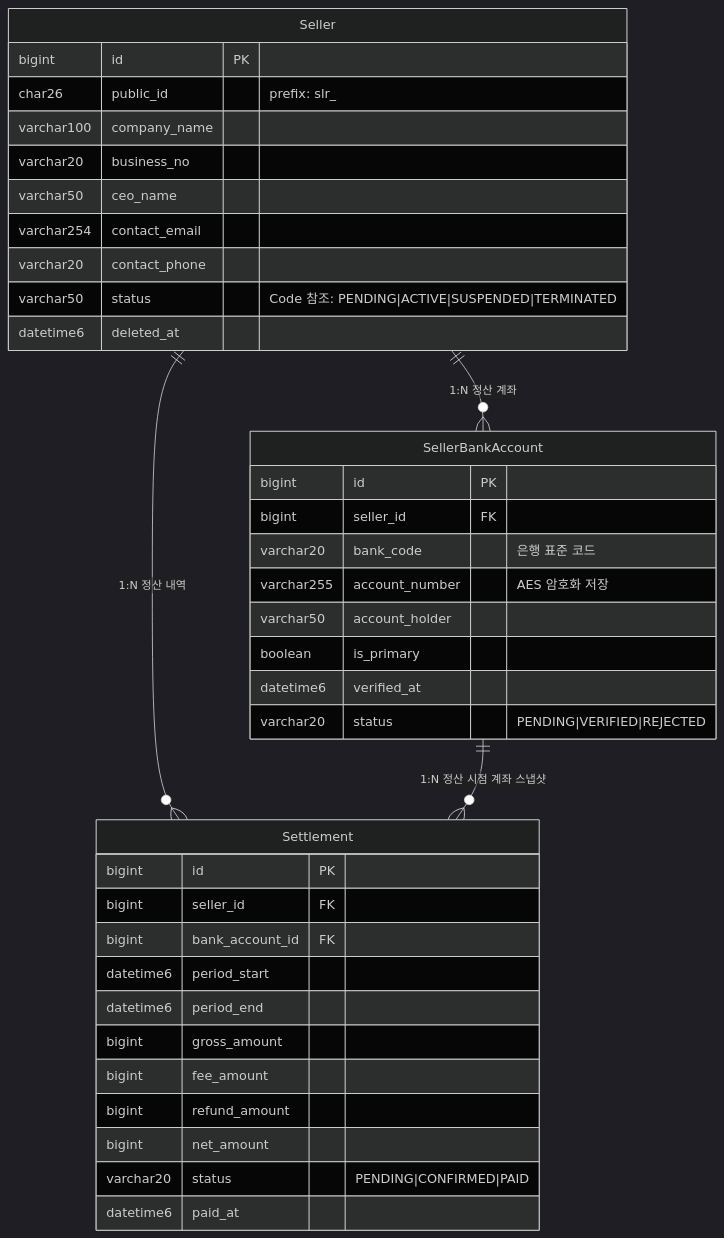
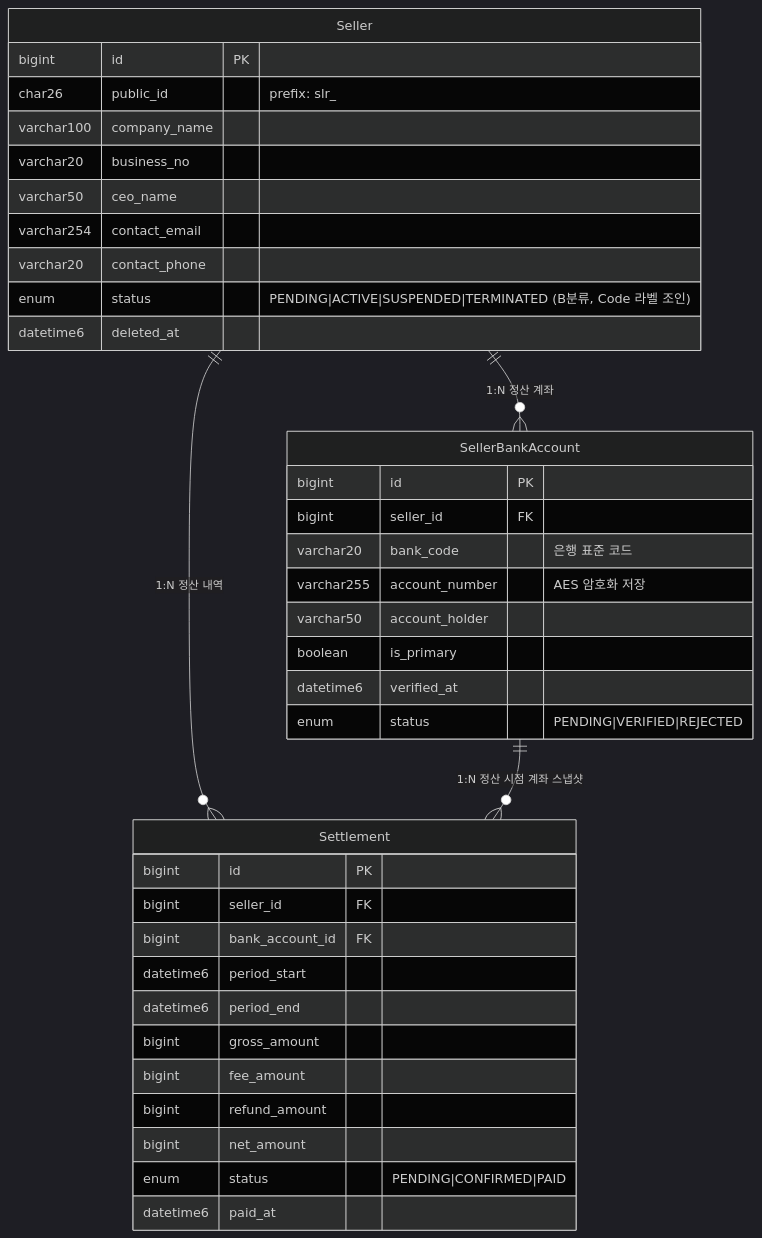
Before and after one commit to zeus721-zslab/zslab-mall: the diagram in docs/design/erd/02-seller-settlement.md, drawn with Mermaid (dark theme). The commit also changed other lines of this file and 7 other files, not shown here.

First line of the commit message:
﻿docs(enum-policy): ERD enum 분류 정책 v2.3 확정

````diff
--- a/docs/design/erd/02-seller-settlement.md
+++ b/docs/design/erd/02-seller-settlement.md
@@ -9,43 +9,43 @@
 ```mermaid
 erDiagram
     Seller {
         bigint id PK
         char26 public_id "prefix: slr_"
         varchar100 company_name
         varchar20 business_no
         varchar50 ceo_name
         varchar254 contact_email
         varchar20 contact_phone
-        varchar50 status "Code 참조: PENDING|ACTIVE|SUSPENDED|TERMINATED"
+        enum status "PENDING|ACTIVE|SUSPENDED|TERMINATED (B분류, Code 라벨 조인)"
         datetime6 deleted_at
     }
 
     SellerBankAccount {
         bigint id PK
         bigint seller_id FK
         varchar20 bank_code "은행 표준 코드"
         varchar255 account_number "AES 암호화 저장"
         varchar50 account_holder
         boolean is_primary
         datetime6 verified_at
-        varchar20 status "PENDING|VERIFIED|REJECTED"
+        enum status "PENDING|VERIFIED|REJECTED"
     }
 
     Settlement {
         bigint id PK
         bigint seller_id FK
         bigint bank_account_id FK
         datetime6 period_start
         datetime6 period_end
         bigint gross_amount
         bigint fee_amount
         bigint refund_amount
         bigint net_amount
-        varchar20 status "PENDING|CONFIRMED|PAID"
+        enum status "PENDING|CONFIRMED|PAID"
         datetime6 paid_at
     }
 
     Seller ||--o{ SellerBankAccount : "1:N 정산 계좌"
     Seller ||--o{ Settlement : "1:N 정산 내역"
     SellerBankAccount ||--o{ Settlement : "1:N 정산 시점 계좌 스냅샷"
 ```
````
